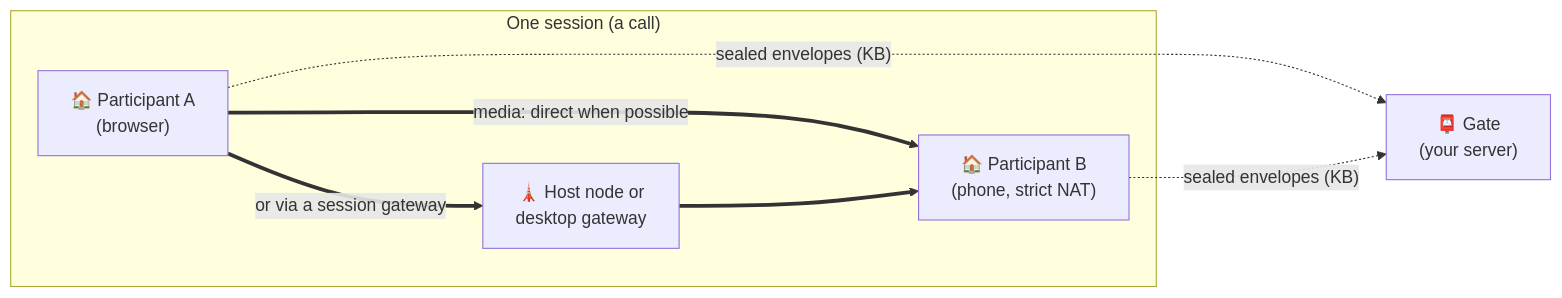
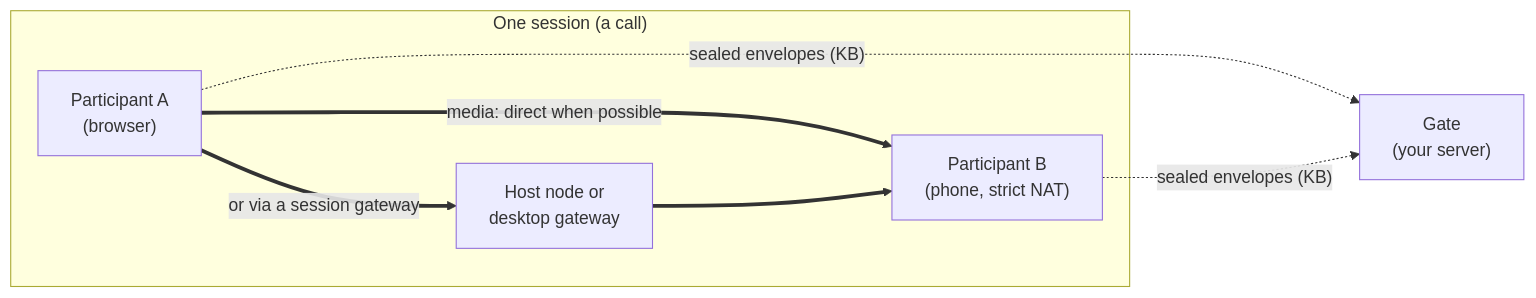
Before and after one commit to jolynstudios/freehop: the diagram in README.md, drawn with Mermaid. The commit also changed other lines of this file and 86 other files, not shown here.

````diff
--- a/README.md
+++ b/README.md
@@ -47,14 +63,14 @@
 ```mermaid
 flowchart LR
   subgraph session["One session (a call)"]
-    A["🏠 Participant A<br/>(browser)"]
-    B["🏠 Participant B<br/>(phone, strict NAT)"]
-    H["🗼 Host node or<br/>desktop gateway"]
+    A["Participant A<br/>(browser)"]
+    B["Participant B<br/>(phone, strict NAT)"]
+    H["Host node or<br/>desktop gateway"]
   end
-  G["📮 Gate<br/>(your server)"]
+  G["Gate<br/>(your server)"]
   A -. "sealed envelopes (KB)" .-> G
   B -. "sealed envelopes (KB)" .-> G
   A == "media: direct when possible" ==> B
   A == "or via a session gateway" ==> H
   H ==> B
 ```
````
